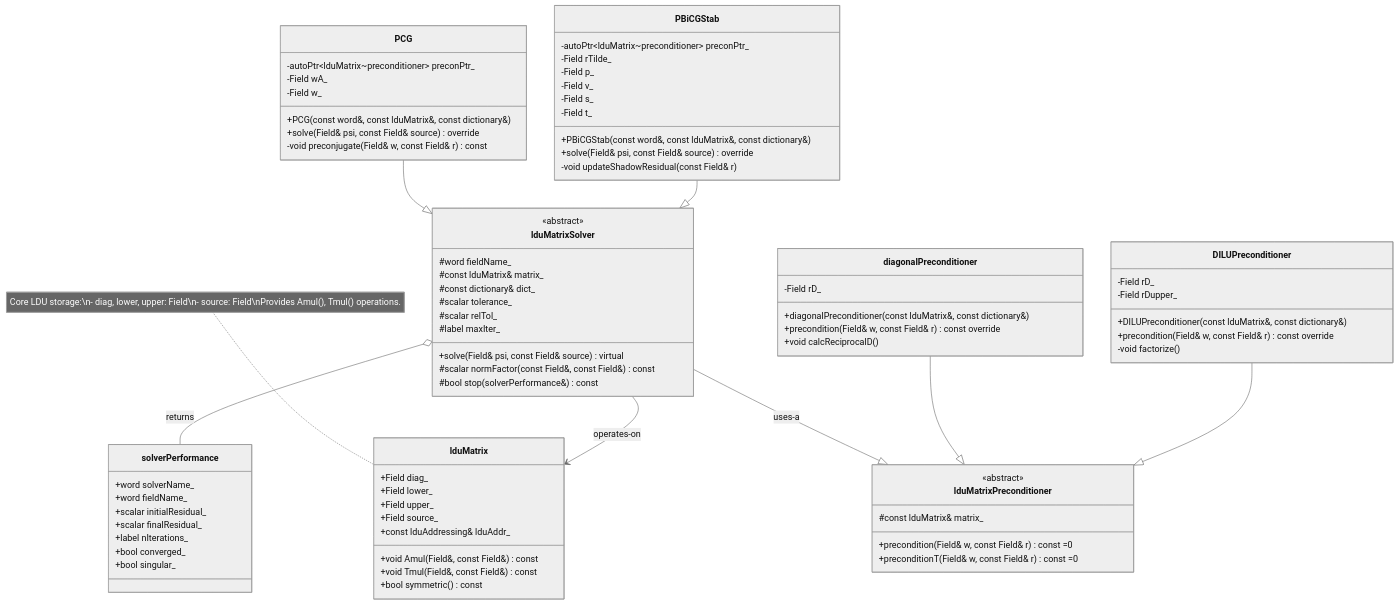
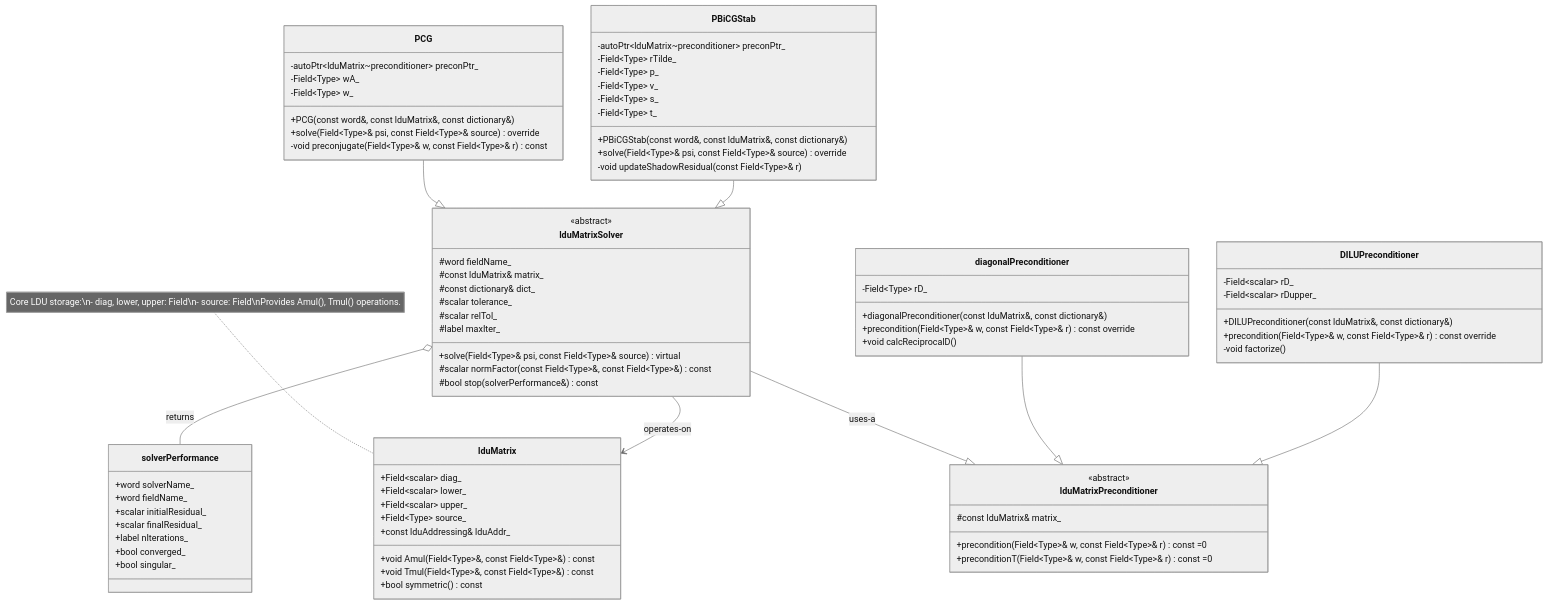
Before and after one commit to wramet/build-my-cfd: the diagram in daily_learning/Phase_01_Foundation_Theory/2026-01-08.md, drawn with Mermaid (neutral theme). The commit also changed other lines of this file and 22 other files, not shown here.

```diff
--- a/daily_learning/Phase_01_Foundation_Theory/2026-01-08.md
+++ b/daily_learning/Phase_01_Foundation_Theory/2026-01-08.md
@@ -816,13 +816,13 @@
     note for lduMatrix "Core LDU storage:\n- diag, lower, upper: Field\<scalar\>\n- source: Field\<Type\>\nProvides Amul(), Tmul() operations."
 
     class lduMatrix {
-        +Field<scalar> diag_
-        +Field<scalar> lower_
-        +Field<scalar> upper_
-        +Field<Type> source_
+        +Field~scalar~ diag_
+        +Field~scalar~ lower_
+        +Field~scalar~ upper_
+        +Field~Type~ source_
         +const lduAddressing& lduAddr_
-        +void Amul(Field<Type>&, const Field<Type>&) const
-        +void Tmul(Field<Type>&, const Field<Type>&) const
+        +void Amul(Field~Type~&, const Field~Type~&) const
+        +void Tmul(Field~Type~&, const Field~Type~&) const
         +bool symmetric() const
     }
 
@@ -834,51 +834,51 @@
         #scalar tolerance_
         #scalar relTol_
         #label maxIter_
-        +solve(Field<Type>& psi, const Field<Type>& source) virtual
-        #scalar normFactor(const Field<Type>&, const Field<Type>&) const
+        +solve(Field~Type~& psi, const Field~Type~& source) virtual
+        #scalar normFactor(const Field~Type~&, const Field~Type~&) const
         #bool stop(solverPerformance&) const
     }
 
     class PCG {
         -autoPtr~lduMatrix~preconditioner~ preconPtr_
-        -Field<Type> wA_
-        -Field<Type> w_
+        -Field~Type~ wA_
+        -Field~Type~ w_
         +PCG(const word&, const lduMatrix&, const dictionary&)
-        +solve(Field<Type>& psi, const Field<Type>& source) override
-        -void preconjugate(Field<Type>& w, const Field<Type>& r) const
+        +solve(Field~Type~& psi, const Field~Type~& source) override
+        -void preconjugate(Field~Type~& w, const Field~Type~& r) const
     }
 
     class PBiCGStab {
         -autoPtr~lduMatrix~preconditioner~ preconPtr_
-        -Field<Type> rTilde_
-        -Field<Type> p_
-        -Field<Type> v_
-        -Field<Type> s_
-        -Field<Type> t_
+        -Field~Type~ rTilde_
+        -Field~Type~ p_
+        -Field~Type~ v_
+        -Field~Type~ s_
+        -Field~Type~ t_
         +PBiCGStab(const word&, const lduMatrix&, const dictionary&)
-        +solve(Field<Type>& psi, const Field<Type>& source) override
-        -void updateShadowResidual(const Field<Type>& r)
+        +solve(Field~Type~& psi, const Field~Type~& source) override
+        -void updateShadowResidual(const Field~Type~& r)
     }
 
     class lduMatrixPreconditioner {
         <<abstract>>
         #const lduMatrix& matrix_
-        +precondition(Field<Type>& w, const Field<Type>& r) const =0
-        +preconditionT(Field<Type>& w, const Field<Type>& r) const =0
+        +precondition(Field~Type~& w, const Field~Type~& r) const =0
+        +preconditionT(Field~Type~& w, const Field~Type~& r) const =0
     }
 
     class diagonalPreconditioner {
-        -Field<Type> rD_
+        -Field~Type~ rD_
         +diagonalPreconditioner(const lduMatrix&, const dictionary&)
-        +precondition(Field<Type>& w, const Field<Type>& r) const override
+        +precondition(Field~Type~& w, const Field~Type~& r) const override
         +void calcReciprocalD()
     }
 
     class DILUPreconditioner {
-        -Field<scalar> rD_
-        -Field<scalar> rDupper_
+        -Field~scalar~ rD_
+        -Field~scalar~ rDupper_
         +DILUPreconditioner(const lduMatrix&, const dictionary&)
-        +precondition(Field<Type>& w, const Field<Type>& r) const override
+        +precondition(Field~Type~& w, const Field~Type~& r) const override
         -void factorize()
     }
 
```
